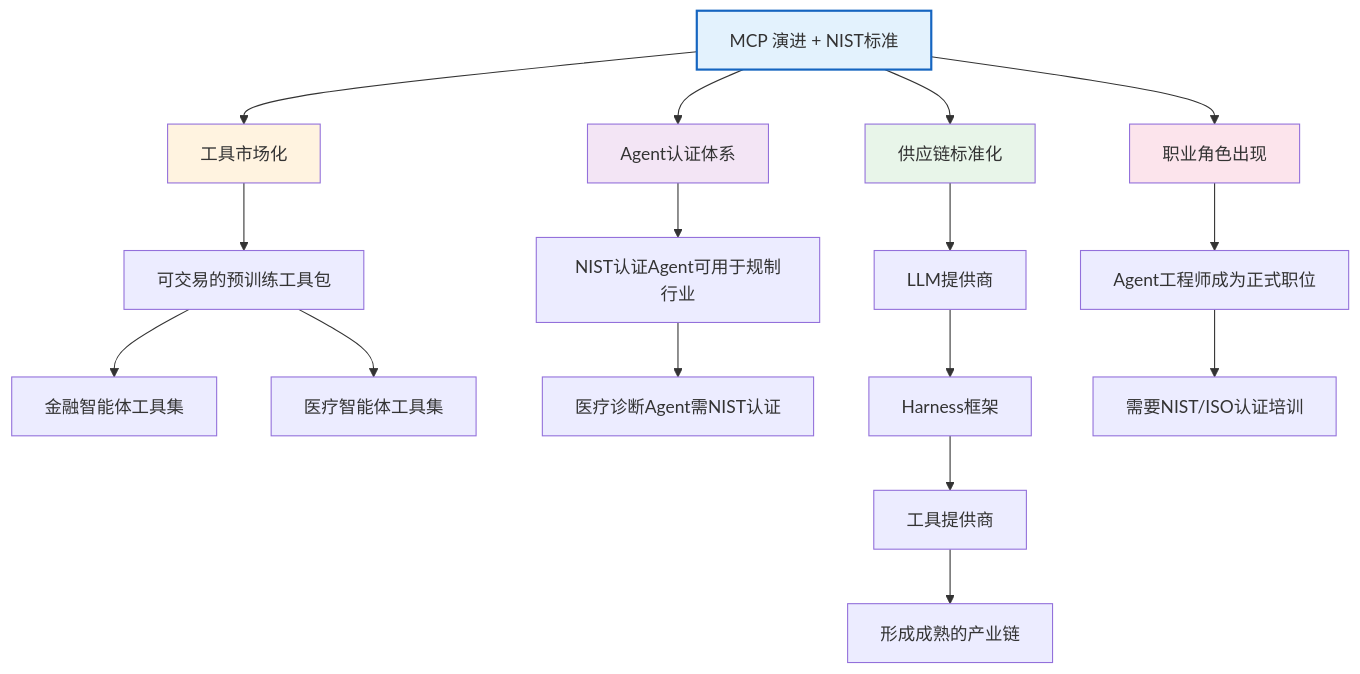
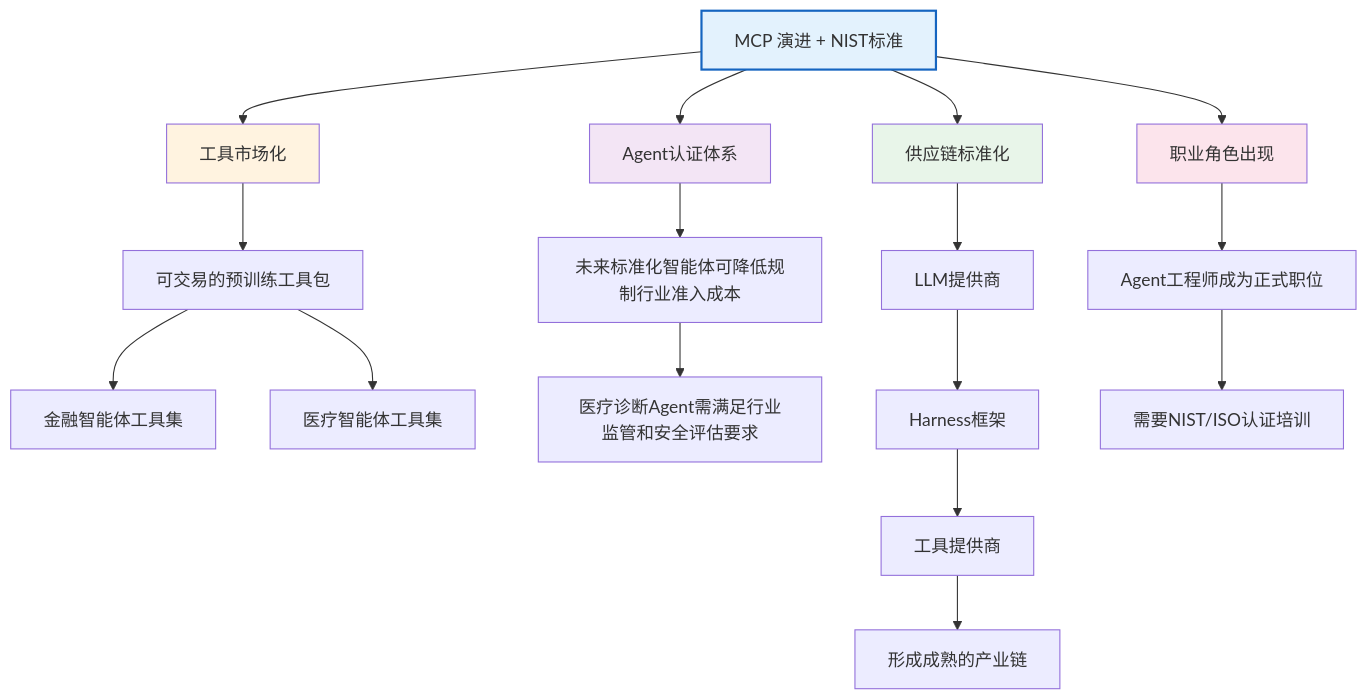
The fifth of 5 diagrams in 14_future/14.2_standardization.md (yeasy/harness_engineering_guide), drawn with Mermaid before and after one commit. The commit also changed other lines of this file and 57 other files, not shown here.

````diff
--- a/14_future/14.2_standardization.md
+++ b/14_future/14.2_standardization.md
@@ -412,28 +412,28 @@
 ```mermaid
 graph TD
     A["MCP 演进 + NIST标准"] --> B["工具市场化"]
     A --> C["Agent认证体系"]
     A --> D["供应链标准化"]
     A --> E["职业角色出现"]
 
     B --> B1["可交易的预训练工具包"]
     B1 --> B2["金融智能体工具集"]
     B1 --> B3["医疗智能体工具集"]
 
-    C --> C1["NIST认证Agent可用于规制行业"]
-    C1 --> C2["医疗诊断Agent需NIST认证"]
+    C --> C1["未来标准化智能体可降低规制行业准入成本"]
+    C1 --> C2["医疗诊断Agent需满足行业监管和安全评估要求"]
 
     D --> D1["LLM提供商"]
     D1 --> D2["Harness框架"]
     D2 --> D3["工具提供商"]
     D3 --> D4["形成成熟的产业链"]
 
     E --> E1["Agent工程师成为正式职位"]
     E1 --> E2["需要NIST/ISO认证培训"]
 
     style A fill:#e3f2fd,stroke:#1565c0,stroke-width:2px
     style B fill:#fff3e0
     style C fill:#f3e5f5
     style D fill:#e8f5e9
     style E fill:#fce4ec
 ```
````
